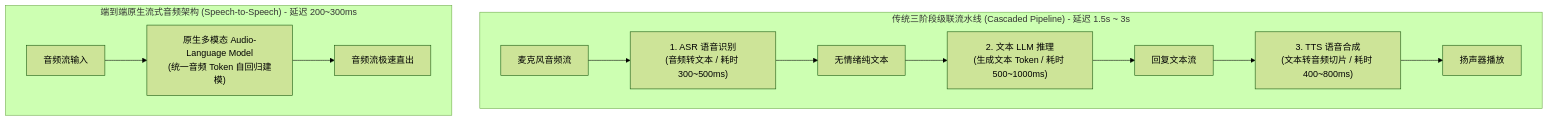
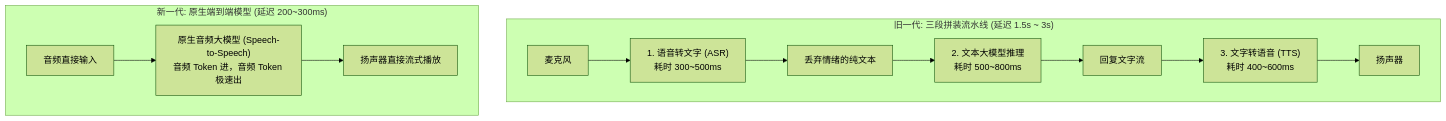
The second of 3 diagrams in app/ch06-interaction/02-voice-agent-and-full-duplex/page.mdx (ljh12138164/ai-agent-study), drawn with Mermaid (forest theme) before and after one commit. The commit also changed other lines of this file and 43 other files, not shown here.

````diff
--- a/app/ch06-interaction/02-voice-agent-and-full-duplex/page.mdx
+++ b/app/ch06-interaction/02-voice-agent-and-full-duplex/page.mdx
@@ -28,16 +26,16 @@
 ```mermaid
-graph TD
-    subgraph Cascade["传统三阶段级联流水线 (Cascaded Pipeline) - 延迟 1.5s ~ 3s"]
-        Mic1["麦克风音频流"] --> ASR["1. ASR 语音识别<br/>(音频转文本 / 耗时 300~500ms)"]
-        ASR --> Text1["无情绪纯文本"]
-        Text1 --> LLM1["2. 文本 LLM 推理<br/>(生成文本 Token / 耗时 500~1000ms)"]
-        LLM1 --> Text2["回复文本流"]
-        Text2 --> TTS["3. TTS 语音合成<br/>(文本转音频切片 / 耗时 400~800ms)"]
-        TTS --> Spk1["扬声器播放"]
+flowchart TD
+    subgraph Old["旧一代: 三段拼装流水线 (延迟 1.5s ~ 3s)"]
+        Mic1[麦克风] --> ASR["1. 语音转文字 (ASR)<br/>耗时 300~500ms"]
+        ASR --> T1[丢弃情绪的纯文本]
+        T1 --> LLM["2. 文本大模型推理<br/>耗时 500~800ms"]
+        LLM --> T2[回复文字流]
+        T2 --> TTS["3. 文字转语音 (TTS)<br/>耗时 400~600ms"]
+        TTS --> Spk1[扬声器]
     end
-    
-    subgraph NativeE2E["端到端原生流式音频架构 (Speech-to-Speech) - 延迟 200~300ms"]
-        Mic2["音频流输入"] --> AudioLLM["原生多模态 Audio-Language Model<br/>(统一音频 Token 自回归建模)"]
-        AudioLLM --> Spk2["音频流极速直出"]
+
+    subgraph New["新一代: 原生端到端模型 (延迟 200~300ms)"]
+        Mic2[音频直接输入] --> E2E["原生音频大模型 (Speech-to-Speech)<br/>音频 Token 进，音频 Token 极速出"]
+        E2E --> Spk2[扬声器直接流式播放]
     end
 ```
````
